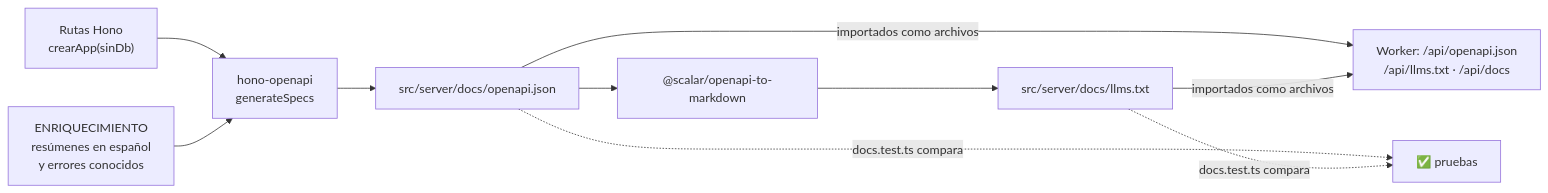
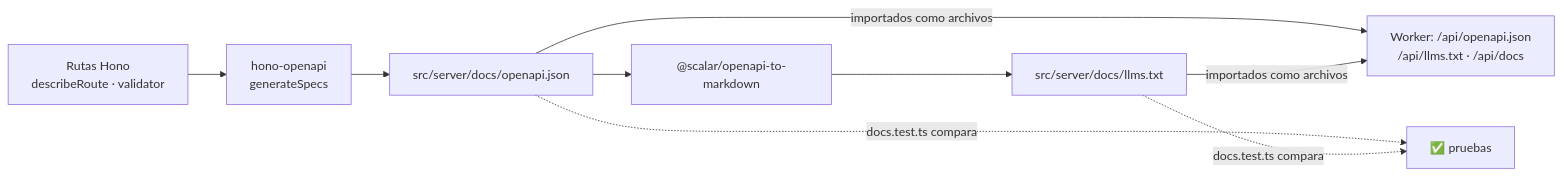
Before and after one commit to EKOU-Solutions/EKOU-Elephants: the third of 3 diagrams in docs/api.md, drawn with Mermaid. The commit also changed other lines of this file and 3 other files, not shown here.

````diff
--- a/docs/api.md
+++ b/docs/api.md
@@ -120,9 +154,8 @@
 ```mermaid
 flowchart LR
-    R["Rutas Hono<br/>crearApp(sinDb)"] --> G["hono-openapi<br/>generateSpecs"]
-    E["ENRIQUECIMIENTO<br/>resúmenes en español<br/>y errores conocidos"] --> G
+    R["Rutas Hono<br/>describeRoute · validator"] --> G["hono-openapi<br/>generateSpecs"]
     G --> J["src/server/docs/openapi.json"]
     J --> M["@scalar/openapi-to-markdown"] --> L["src/server/docs/llms.txt"]
     J & L -->|"importados como archivos"| W["Worker: /api/openapi.json<br/>/api/llms.txt · /api/docs"]
     J & L -.->|"docs.test.ts compara"| T["✅ pruebas"]
 ```
````
